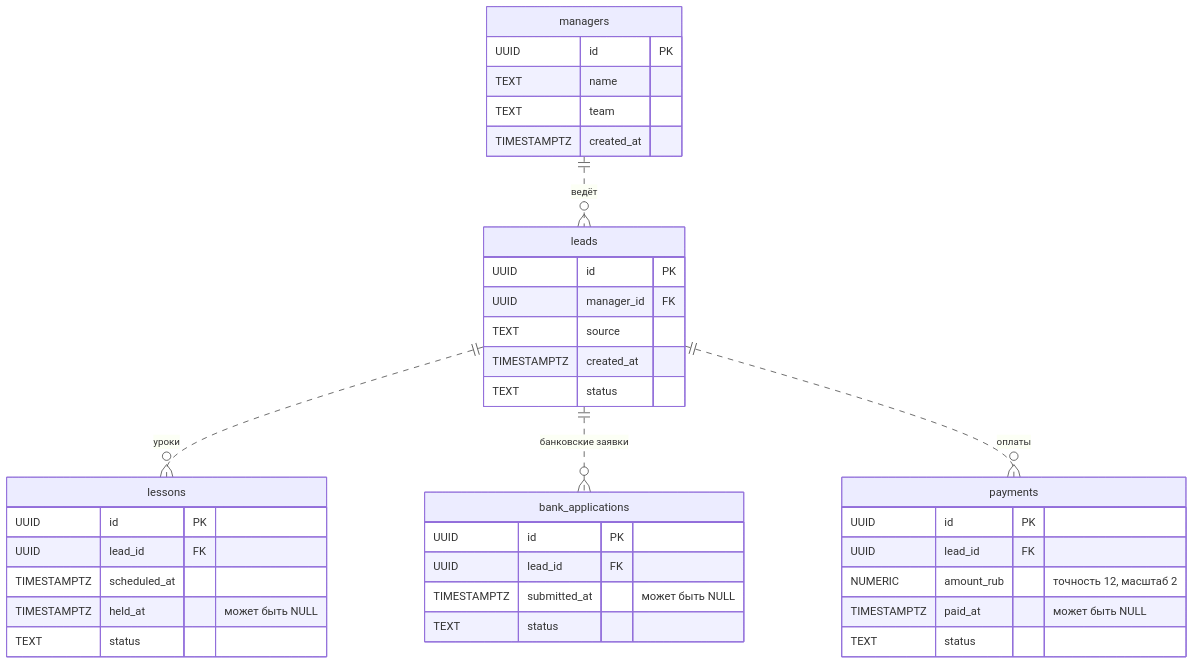
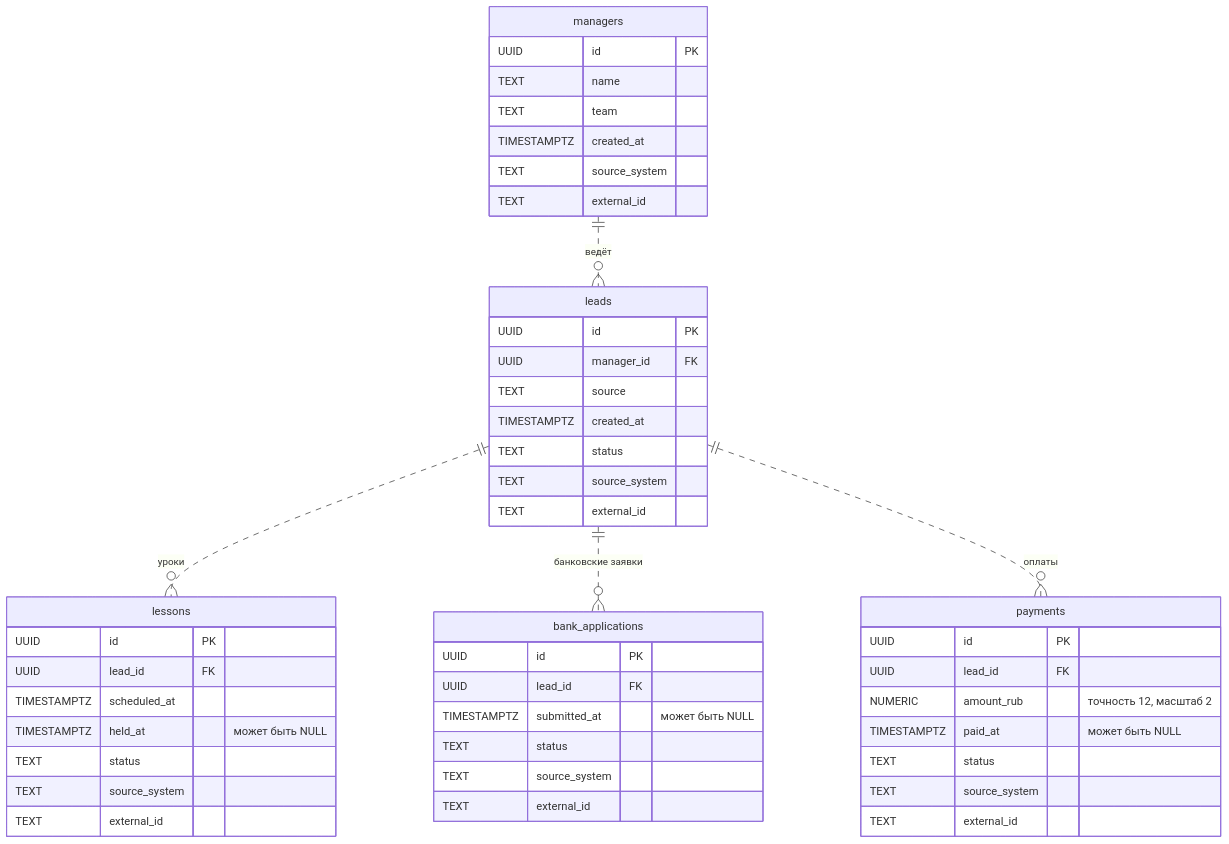
The diagram in docs/DATA_MODEL.md (n1k1c0d/Automation-and-sales-analytics-for-online-schools), drawn with Mermaid before and after one commit. The commit also changed other lines of this file and 18 other files, not shown here.

````diff
--- a/docs/DATA_MODEL.md
+++ b/docs/DATA_MODEL.md
@@ -7,41 +7,51 @@
 ```mermaid
 erDiagram
     managers ||..o{ leads : "ведёт"
     leads ||..o{ lessons : "уроки"
     leads ||..o{ bank_applications : "банковские заявки"
     leads ||..o{ payments : "оплаты"
 
     managers {
         UUID id PK
         TEXT name
         TEXT team
         TIMESTAMPTZ created_at
+        TEXT source_system
+        TEXT external_id
     }
     leads {
         UUID id PK
         UUID manager_id FK
         TEXT source
         TIMESTAMPTZ created_at
         TEXT status
+        TEXT source_system
+        TEXT external_id
     }
     lessons {
         UUID id PK
         UUID lead_id FK
         TIMESTAMPTZ scheduled_at
         TIMESTAMPTZ held_at "может быть NULL"
         TEXT status
+        TEXT source_system
+        TEXT external_id
     }
     bank_applications {
         UUID id PK
         UUID lead_id FK
         TIMESTAMPTZ submitted_at "может быть NULL"
         TEXT status
+        TEXT source_system
+        TEXT external_id
     }
     payments {
         UUID id PK
         UUID lead_id FK
         NUMERIC amount_rub "точность 12, масштаб 2"
         TIMESTAMPTZ paid_at "может быть NULL"
         TEXT status
+        TEXT source_system
+        TEXT external_id
     }
 ```
````
